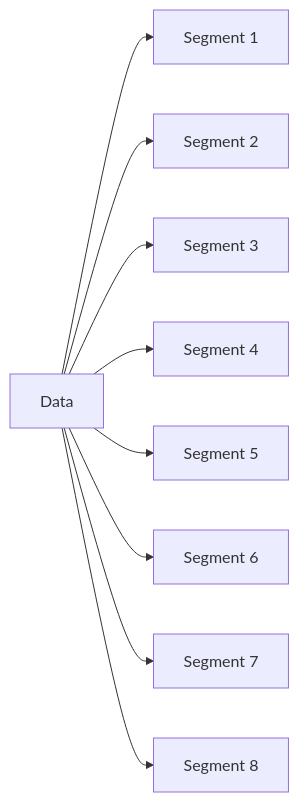
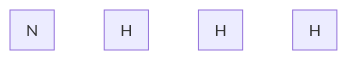
One commit to shubham21155102/Archieve changed diagram 11 of 12 in Computer_Networks/CN_2.MD. Above: the diagram before and after it, drawn with Mermaid. The commit also changed other lines of this file and 4 other files, not shown here.

````diff
--- a/Computer_Networks/CN_2.MD
+++ b/Computer_Networks/CN_2.MD
@@ -111,11 +172,11 @@
-```mermaid
-graph LR;
-D[Data]-->A[Segment 1]
-D-->B[Segment 2]
-D-->C[Segment 3]
-D-->E[Segment 4]
-D-->F[Segment 5]
-D-->G[Segment 6]
-D-->H[Segment 7]
-D-->I[Segment 8]
-```
+  ```mermaid
+    graph TB;
+    subgraph A[H]
+    end
+    subgraph B[H]
+    end
+    subgraph C[H]
+    end
+    subgraph D[N]
+    end
+  ```
````
